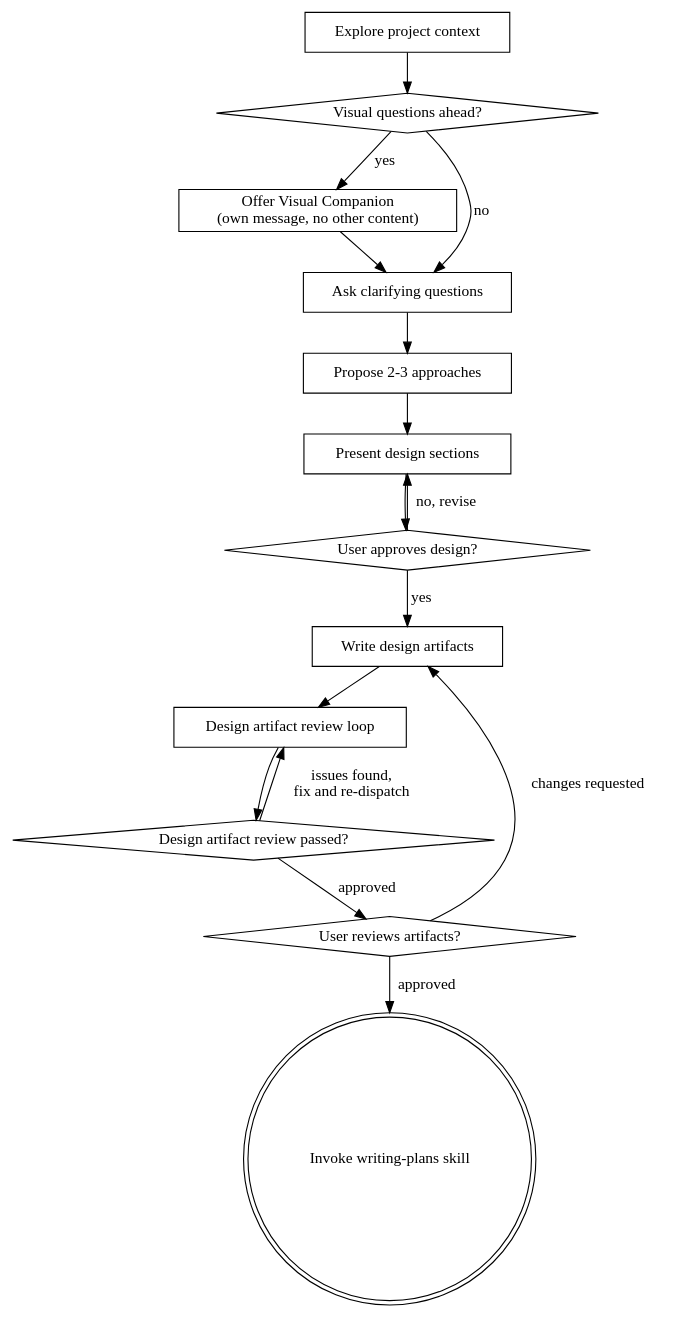
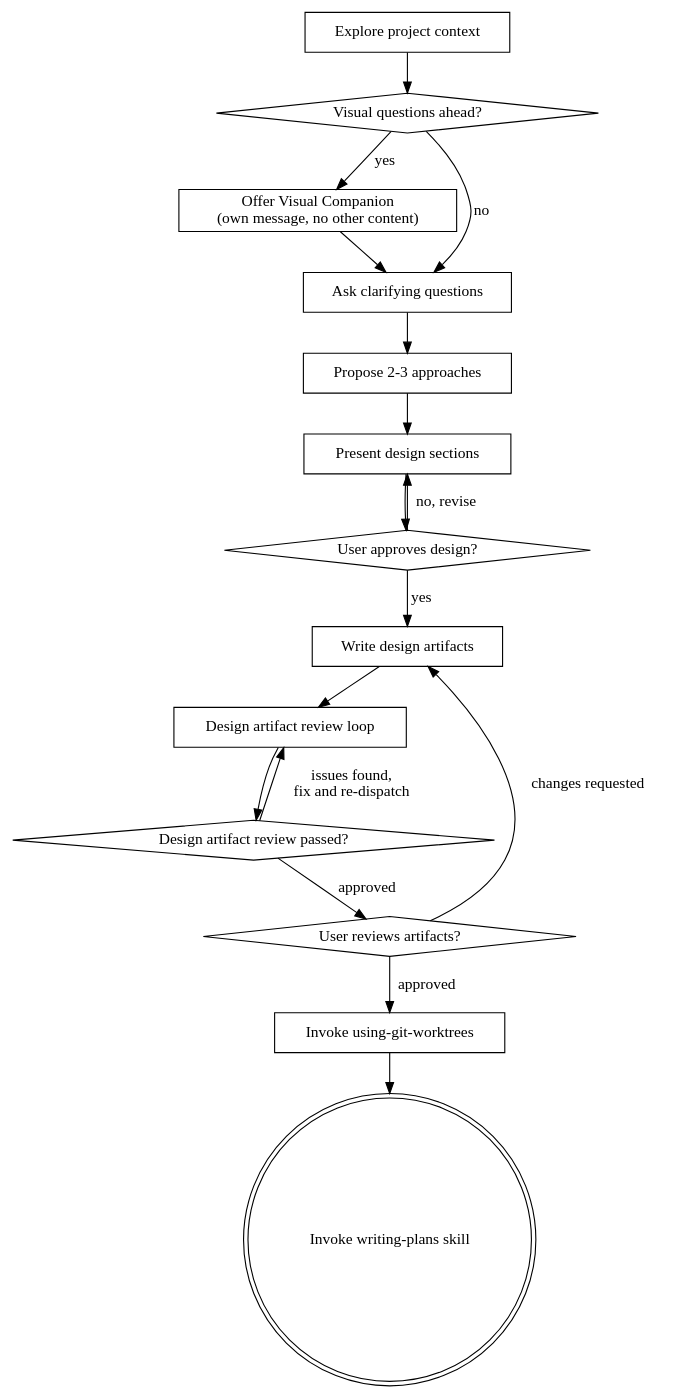
Before and after one commit to joseph-bing-han/superpowers: the diagram in skills/brainstorming/SKILL.md, drawn with Graphviz. The commit also changed other lines of this file and 5 other files, not shown here.

````diff
--- a/skills/brainstorming/SKILL.md
+++ b/skills/brainstorming/SKILL.md
@@ -39,32 +40,34 @@
 ```dot
 digraph brainstorming {
     "Explore project context" [shape=box];
     "Visual questions ahead?" [shape=diamond];
     "Offer Visual Companion\n(own message, no other content)" [shape=box];
     "Ask clarifying questions" [shape=box];
     "Propose 2-3 approaches" [shape=box];
     "Present design sections" [shape=box];
     "User approves design?" [shape=diamond];
     "Write design artifacts" [shape=box];
     "Design artifact review loop" [shape=box];
     "Design artifact review passed?" [shape=diamond];
     "User reviews artifacts?" [shape=diamond];
+    "Invoke using-git-worktrees" [shape=box];
     "Invoke writing-plans skill" [shape=doublecircle];
 
     "Explore project context" -> "Visual questions ahead?";
     "Visual questions ahead?" -> "Offer Visual Companion\n(own message, no other content)" [label="yes"];
     "Visual questions ahead?" -> "Ask clarifying questions" [label="no"];
     "Offer Visual Companion\n(own message, no other content)" -> "Ask clarifying questions";
     "Ask clarifying questions" -> "Propose 2-3 approaches";
     "Propose 2-3 approaches" -> "Present design sections";
     "Present design sections" -> "User approves design?";
     "User approves design?" -> "Present design sections" [label="no, revise"];
     "User approves design?" -> "Write design artifacts" [label="yes"];
     "Write design artifacts" -> "Design artifact review loop";
     "Design artifact review loop" -> "Design artifact review passed?";
     "Design artifact review passed?" -> "Design artifact review loop" [label="issues found,\nfix and re-dispatch"];
     "Design artifact review passed?" -> "User reviews artifacts?" [label="approved"];
     "User reviews artifacts?" -> "Write design artifacts" [label="changes requested"];
-    "User reviews artifacts?" -> "Invoke writing-plans skill" [label="approved"];
+    "User reviews artifacts?" -> "Invoke using-git-worktrees" [label="approved"];
+    "Invoke using-git-worktrees" -> "Invoke writing-plans skill";
 }
 ```
````
